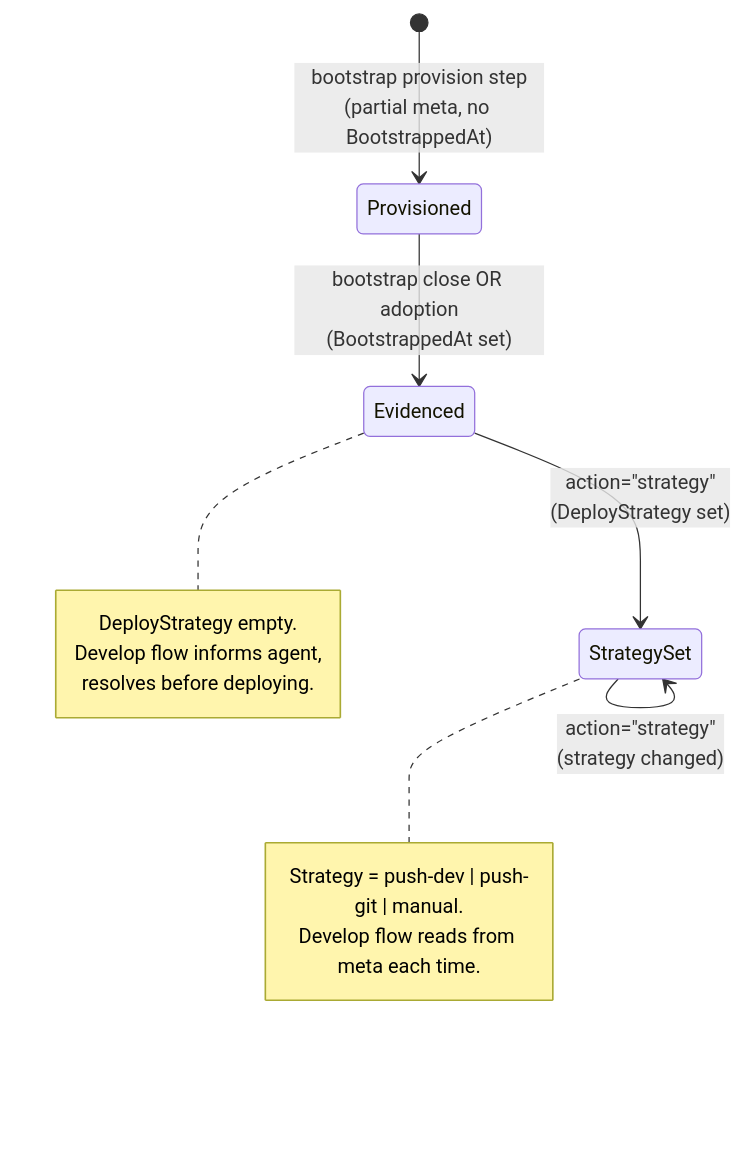
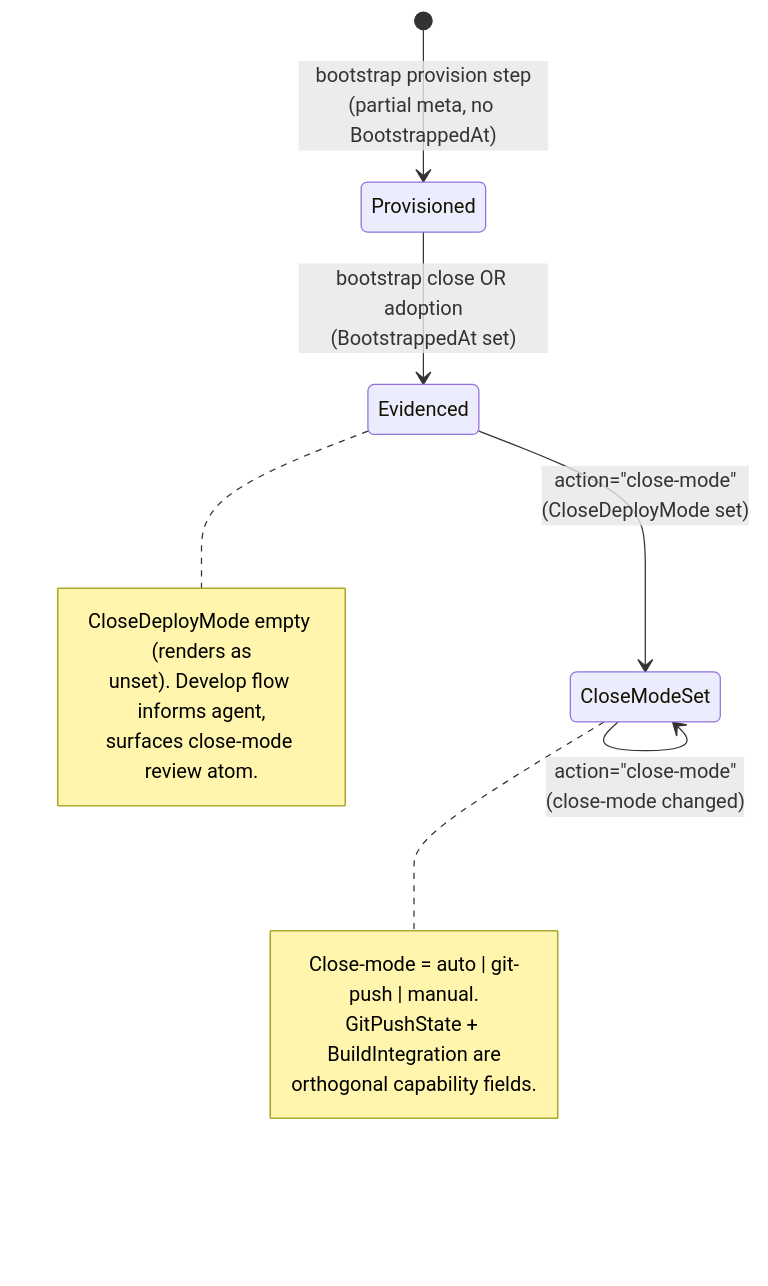
The second of 5 diagrams in docs/spec-workflows.md (zeropsio/zcp), drawn with Mermaid before and after one commit. The commit also changed other lines of this file and 94 other files, not shown here.

````diff
--- a/docs/spec-workflows.md
+++ b/docs/spec-workflows.md
@@ -106,18 +115,19 @@
 ```mermaid
 stateDiagram-v2
     [*] --> Provisioned: bootstrap provision step<br/>(partial meta, no BootstrappedAt)
     Provisioned --> Evidenced: bootstrap close OR adoption<br/>(BootstrappedAt set)
-    Evidenced --> StrategySet: action="strategy"<br/>(DeployStrategy set)
-    StrategySet --> StrategySet: action="strategy"<br/>(strategy changed)
+    Evidenced --> CloseModeSet: action="close-mode"<br/>(CloseDeployMode set)
+    CloseModeSet --> CloseModeSet: action="close-mode"<br/>(close-mode changed)
 
     note right of Evidenced
-        DeployStrategy empty.
-        Develop flow informs agent,
-        resolves before deploying.
+        CloseDeployMode empty (renders as
+        unset). Develop flow informs agent,
+        surfaces close-mode review atom.
     end note
 
-    note right of StrategySet
-        Strategy = push-dev | push-git | manual.
-        Develop flow reads from meta each time.
+    note right of CloseModeSet
+        Close-mode = auto | git-push | manual.
+        GitPushState + BuildIntegration are
+        orthogonal capability fields.
     end note
 ```
````
